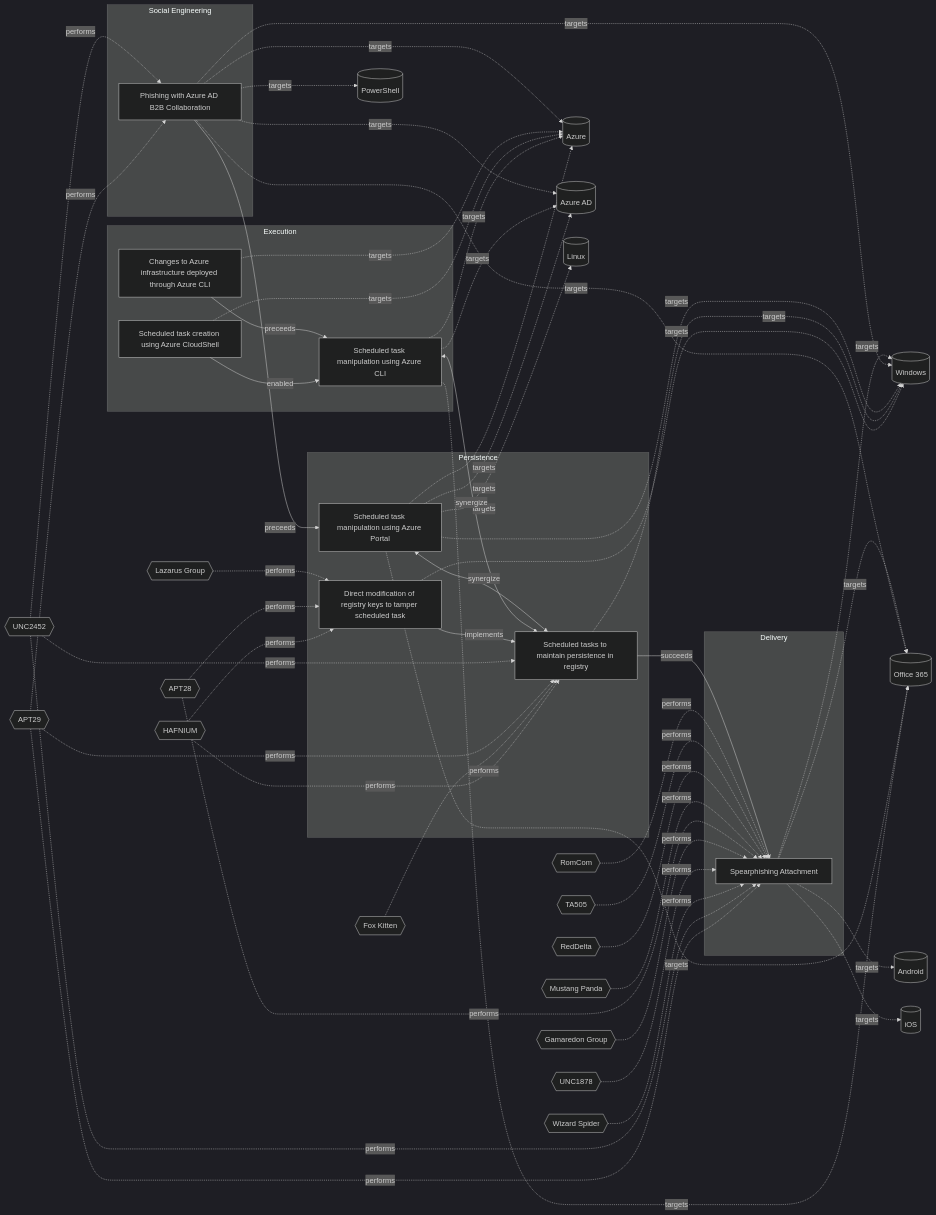
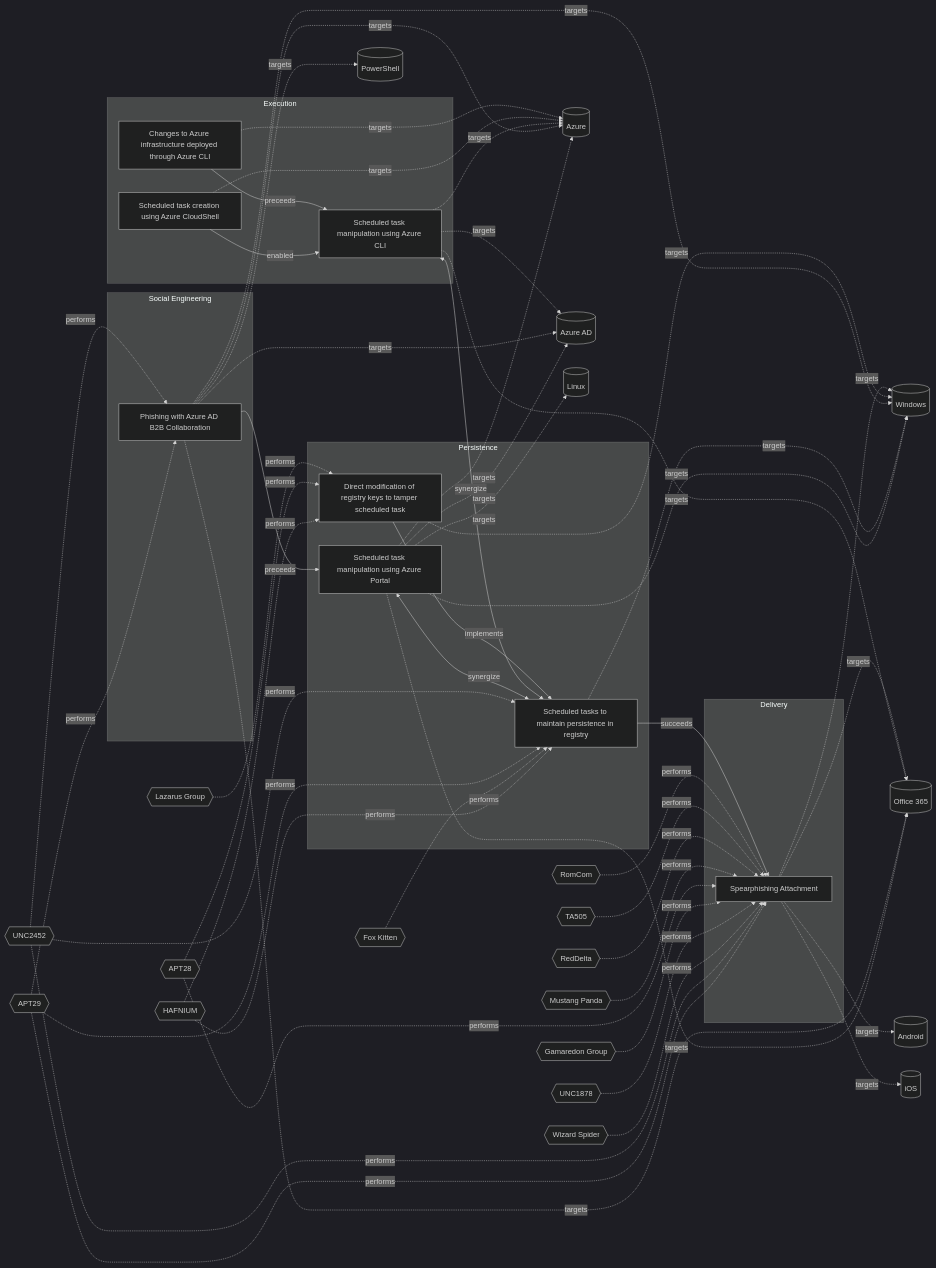
Before and after one commit to OpenTideHQ/WikiTide: the diagram in Models/Threat Vectors/☣️ Scheduled tasks to maintain persistence in registry.md, drawn with Mermaid (dark theme). The commit also changed other lines of this file and 37 other files, not shown here.

````diff
--- a/Models/Threat Vectors/☣️ Scheduled tasks to maintain persistence in registry.md
+++ b/Models/Threat Vectors/☣️ Scheduled tasks to maintain persistence in registry.md
@@ -121,46 +121,46 @@
 
 flowchart LR
 
-efe13bd7-c621-423b-b226-9b536766a252[Direct modification of registry keys to tamper scheduled task]
+437a43b9-6344-45a9-915b-d733d23173ae[Scheduled task manipulation using Azure Portal]
 5e66f826-4c4b-4357-b9c5-2f40da207f34[Scheduled tasks to maintain persistence in registry]
+f9a6f927-d08c-40c1-85af-01331c471def[Phishing with Azure AD B2B Collaboration]
 edfe43fd-4a92-4f2d-a733-40e235be1b25[Scheduled task manipulation using Azure CLI]
 670504aa-cfb8-4d1f-a5ad-16193822085f[Scheduled task creation using Azure CloudShell]
 60c5b065-7d06-4697-850f-c2f80765f10b[Changes to Azure infrastructure deployed through Azure CLI]
-437a43b9-6344-45a9-915b-d733d23173ae[Scheduled task manipulation using Azure Portal]
-f9a6f927-d08c-40c1-85af-01331c471def[Phishing with Azure AD B2B Collaboration]
+efe13bd7-c621-423b-b226-9b536766a252[Direct modification of registry keys to tamper scheduled task]
 dd5d942c-bac4-4000-b9a6-ca4fef6cfb84[Spearphishing Attachment]
 
 subgraph Persistence
+437a43b9-6344-45a9-915b-d733d23173ae
+5e66f826-4c4b-4357-b9c5-2f40da207f34
 efe13bd7-c621-423b-b226-9b536766a252
-5e66f826-4c4b-4357-b9c5-2f40da207f34
-437a43b9-6344-45a9-915b-d733d23173ae
+end
+subgraph Social Engineering
+f9a6f927-d08c-40c1-85af-01331c471def
 end
 subgraph Execution
 edfe43fd-4a92-4f2d-a733-40e235be1b25
 670504aa-cfb8-4d1f-a5ad-16193822085f
 60c5b065-7d06-4697-850f-c2f80765f10b
 end
-subgraph Social Engineering
-f9a6f927-d08c-40c1-85af-01331c471def
-end
 subgraph Delivery
 dd5d942c-bac4-4000-b9a6-ca4fef6cfb84
 end
 
-Windows[(Windows)]
 Azure[(Azure)]
 AzureAD[(Azure AD)]
 Office365[(Office 365)]
+Windows[(Windows)]
 Linux[(Linux)]
 PowerShell[(PowerShell)]
 Android[(Android)]
 iOS[(iOS)]
 HAFNIUM{{HAFNIUM}}
-APT28{{APT28}}
-LazarusGroup{{Lazarus Group}}
 FoxKitten{{Fox Kitten}}
 APT29{{APT29}}
 UNC2452{{UNC2452}}
+APT28{{APT28}}
+LazarusGroup{{Lazarus Group}}
 WizardSpider{{Wizard Spider}}
 UNC1878{{UNC1878}}
 GamaredonGroup{{Gamaredon Group}}
@@ -169,36 +169,36 @@
 TA505{{TA505}}
 RomCom{{RomCom}}
 
-efe13bd7-c621-423b-b226-9b536766a252 -.->|targets| Windows
+437a43b9-6344-45a9-915b-d733d23173ae -.->|targets| Azure
+437a43b9-6344-45a9-915b-d733d23173ae -.->|targets| AzureAD
+437a43b9-6344-45a9-915b-d733d23173ae -.->|targets| Office365
+437a43b9-6344-45a9-915b-d733d23173ae -.->|targets| Windows
+437a43b9-6344-45a9-915b-d733d23173ae -.->|targets| Linux
 5e66f826-4c4b-4357-b9c5-2f40da207f34 -.->|targets| Windows
+f9a6f927-d08c-40c1-85af-01331c471def -.->|targets| Windows
+f9a6f927-d08c-40c1-85af-01331c471def -.->|targets| Office365
+f9a6f927-d08c-40c1-85af-01331c471def -.->|targets| AzureAD
+f9a6f927-d08c-40c1-85af-01331c471def -.->|targets| Azure
+f9a6f927-d08c-40c1-85af-01331c471def -.->|targets| PowerShell
 edfe43fd-4a92-4f2d-a733-40e235be1b25 -.->|targets| Azure
 edfe43fd-4a92-4f2d-a733-40e235be1b25 -.->|targets| AzureAD
 edfe43fd-4a92-4f2d-a733-40e235be1b25 -.->|targets| Office365
 670504aa-cfb8-4d1f-a5ad-16193822085f -.->|targets| Azure
 60c5b065-7d06-4697-850f-c2f80765f10b -.->|targets| Azure
-437a43b9-6344-45a9-915b-d733d23173ae -.->|targets| Azure
-437a43b9-6344-45a9-915b-d733d23173ae -.->|targets| AzureAD
-437a43b9-6344-45a9-915b-d733d23173ae -.->|targets| Office365
-437a43b9-6344-45a9-915b-d733d23173ae -.->|targets| Windows
-437a43b9-6344-45a9-915b-d733d23173ae -.->|targets| Linux
-f9a6f927-d08c-40c1-85af-01331c471def -.->|targets| Windows
-f9a6f927-d08c-40c1-85af-01331c471def -.->|targets| Office365
-f9a6f927-d08c-40c1-85af-01331c471def -.->|targets| AzureAD
-f9a6f927-d08c-40c1-85af-01331c471def -.->|targets| Azure
-f9a6f927-d08c-40c1-85af-01331c471def -.->|targets| PowerShell
+efe13bd7-c621-423b-b226-9b536766a252 -.->|targets| Windows
 dd5d942c-bac4-4000-b9a6-ca4fef6cfb84 -.->|targets| Windows
 dd5d942c-bac4-4000-b9a6-ca4fef6cfb84 -.->|targets| Office365
 dd5d942c-bac4-4000-b9a6-ca4fef6cfb84 -.->|targets| Android
 dd5d942c-bac4-4000-b9a6-ca4fef6cfb84 -.->|targets| iOS
-HAFNIUM -.-> |performs| efe13bd7-c621-423b-b226-9b536766a252
-APT28 -.-> |performs| efe13bd7-c621-423b-b226-9b536766a252
-LazarusGroup -.-> |performs| efe13bd7-c621-423b-b226-9b536766a252
 HAFNIUM -.-> |performs| 5e66f826-4c4b-4357-b9c5-2f40da207f34
 FoxKitten -.-> |performs| 5e66f826-4c4b-4357-b9c5-2f40da207f34
 APT29 -.-> |performs| 5e66f826-4c4b-4357-b9c5-2f40da207f34
 UNC2452 -.-> |performs| 5e66f826-4c4b-4357-b9c5-2f40da207f34
 APT29 -.-> |performs| f9a6f927-d08c-40c1-85af-01331c471def
 UNC2452 -.-> |performs| f9a6f927-d08c-40c1-85af-01331c471def
+HAFNIUM -.-> |performs| efe13bd7-c621-423b-b226-9b536766a252
+APT28 -.-> |performs| efe13bd7-c621-423b-b226-9b536766a252
+LazarusGroup -.-> |performs| efe13bd7-c621-423b-b226-9b536766a252
 APT29 -.-> |performs| dd5d942c-bac4-4000-b9a6-ca4fef6cfb84
 UNC2452 -.-> |performs| dd5d942c-bac4-4000-b9a6-ca4fef6cfb84
 WizardSpider -.-> |performs| dd5d942c-bac4-4000-b9a6-ca4fef6cfb84
@@ -210,12 +210,12 @@
 TA505 -.-> |performs| dd5d942c-bac4-4000-b9a6-ca4fef6cfb84
 RomCom -.-> |performs| dd5d942c-bac4-4000-b9a6-ca4fef6cfb84
 
-efe13bd7-c621-423b-b226-9b536766a252 -->|implements| 5e66f826-4c4b-4357-b9c5-2f40da207f34
+437a43b9-6344-45a9-915b-d733d23173ae <-->|synergize| 5e66f826-4c4b-4357-b9c5-2f40da207f34
+f9a6f927-d08c-40c1-85af-01331c471def -->|preceeds| 437a43b9-6344-45a9-915b-d733d23173ae
 edfe43fd-4a92-4f2d-a733-40e235be1b25 <-->|synergize| 5e66f826-4c4b-4357-b9c5-2f40da207f34
 670504aa-cfb8-4d1f-a5ad-16193822085f -->|enabled| edfe43fd-4a92-4f2d-a733-40e235be1b25
 60c5b065-7d06-4697-850f-c2f80765f10b -->|preceeds| edfe43fd-4a92-4f2d-a733-40e235be1b25
-437a43b9-6344-45a9-915b-d733d23173ae <-->|synergize| 5e66f826-4c4b-4357-b9c5-2f40da207f34
-f9a6f927-d08c-40c1-85af-01331c471def -->|preceeds| 437a43b9-6344-45a9-915b-d733d23173ae
+efe13bd7-c621-423b-b226-9b536766a252 -->|implements| 5e66f826-4c4b-4357-b9c5-2f40da207f34
 5e66f826-4c4b-4357-b9c5-2f40da207f34 -->|succeeds| dd5d942c-bac4-4000-b9a6-ca4fef6cfb84
 
 ```
````
